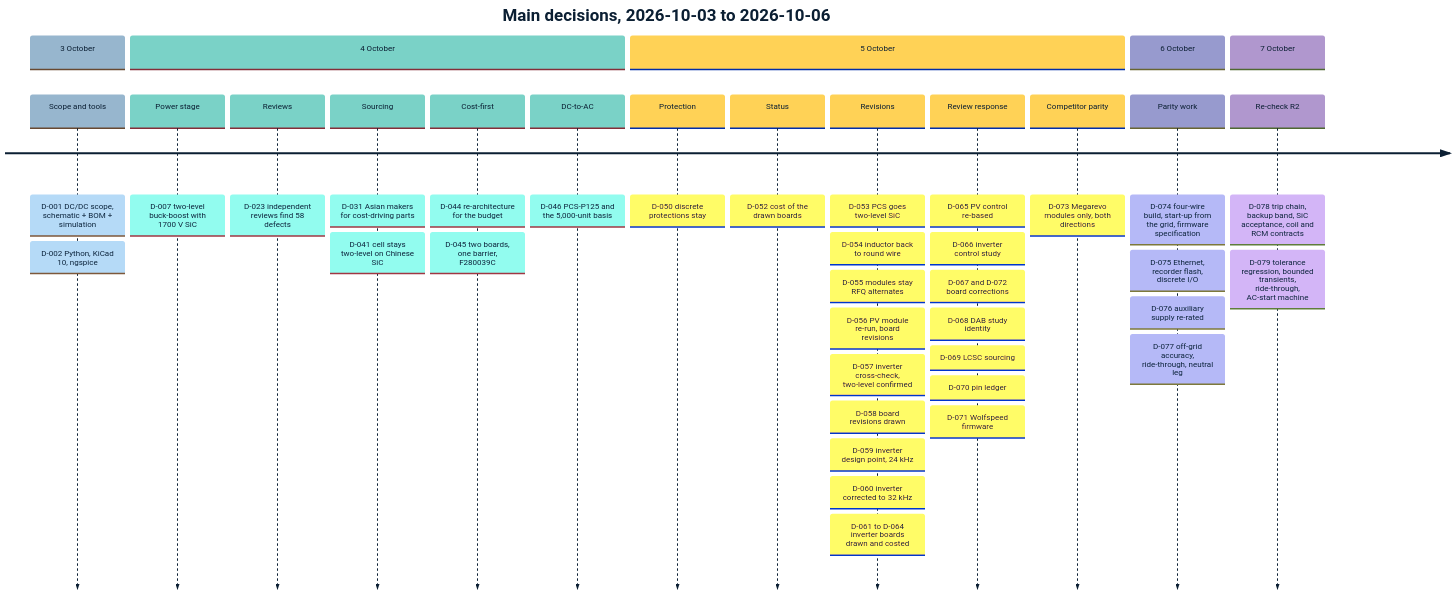
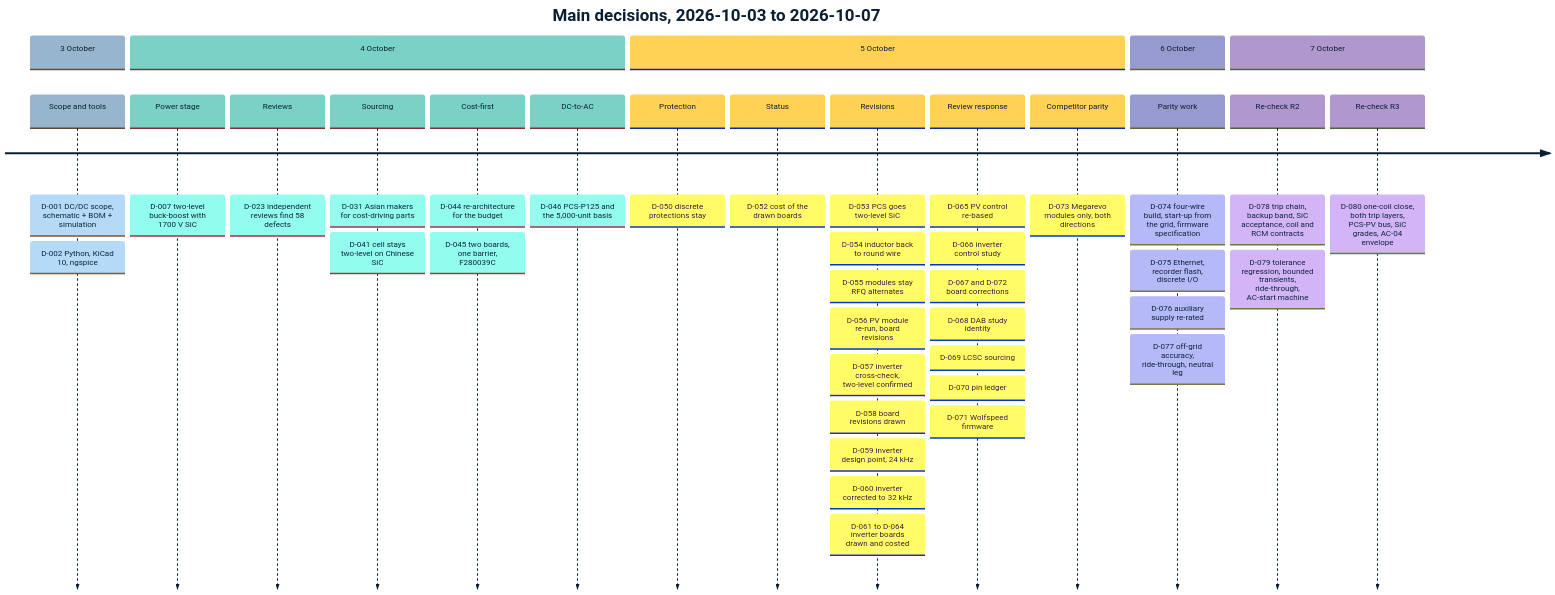
Before and after one commit to vectivolt/PCM: the second of 2 diagrams in docs/guide/01-overview.md, drawn with Mermaid. The commit also changed other lines of this file and 80 other files, not shown here.

````diff
--- a/docs/guide/01-overview.md
+++ b/docs/guide/01-overview.md
@@ -83,23 +83,24 @@
 ```mermaid
 %%{init: {"theme": "base", "themeVariables": {"primaryColor": "#EEF3F7", "primaryBorderColor": "#0B1F33", "primaryTextColor": "#0B1F33", "lineColor": "#5B6B7A", "secondaryColor": "#D9F2EF", "tertiaryColor": "#FFF4D6", "fontFamily": "Inter, Helvetica, Arial, sans-serif"}}}%%
 timeline
-    title Main decisions, 2026-10-03 to 2026-10-06
+    title Main decisions, 2026-10-03 to 2026-10-07
     section 3 October
         Scope and tools : D-001 DC/DC scope, schematic + BOM + simulation : D-002 Python, KiCad 10, ngspice
     section 4 October
         Power stage : D-007 two-level buck-boost with 1700 V SiC
         Reviews : D-023 independent reviews find 58 defects
         Sourcing : D-031 Asian makers for cost-driving parts : D-041 cell stays two-level on Chinese SiC
         Cost-first : D-044 re-architecture for the budget : D-045 two boards, one barrier, F280039C
         DC-to-AC : D-046 PCS-P125 and the 5,000-unit basis
     section 5 October
         Protection : D-050 discrete protections stay
         Status : D-052 cost of the drawn boards
         Revisions : D-053 PCS goes two-level SiC : D-054 inductor back to round wire : D-055 modules stay RFQ alternates : D-056 PV module re-run, board revisions : D-057 inverter cross-check, two-level confirmed : D-058 board revisions drawn : D-059 inverter design point, 24 kHz : D-060 inverter corrected to 32 kHz : D-061 to D-064 inverter boards drawn and costed
         Review response : D-065 PV control re-based : D-066 inverter control study : D-067 and D-072 board corrections : D-068 DAB study identity : D-069 LCSC sourcing : D-070 pin ledger : D-071 Wolfspeed firmware
         Competitor parity : D-073 Megarevo modules only, both directions
     section 6 October
         Parity work : D-074 four-wire build, start-up from the grid, firmware specification : D-075 Ethernet, recorder flash, discrete I/O : D-076 auxiliary supply re-rated : D-077 off-grid accuracy, ride-through, neutral leg
     section 7 October
         Re-check R2 : D-078 trip chain, backup band, SiC acceptance, coil and RCM contracts : D-079 tolerance regression, bounded transients, ride-through, AC-start machine
+        Re-check R3 : D-080 one-coil close, both trip layers, PCS-PV bus, SiC grades, AC-04 envelope
 ```
````
